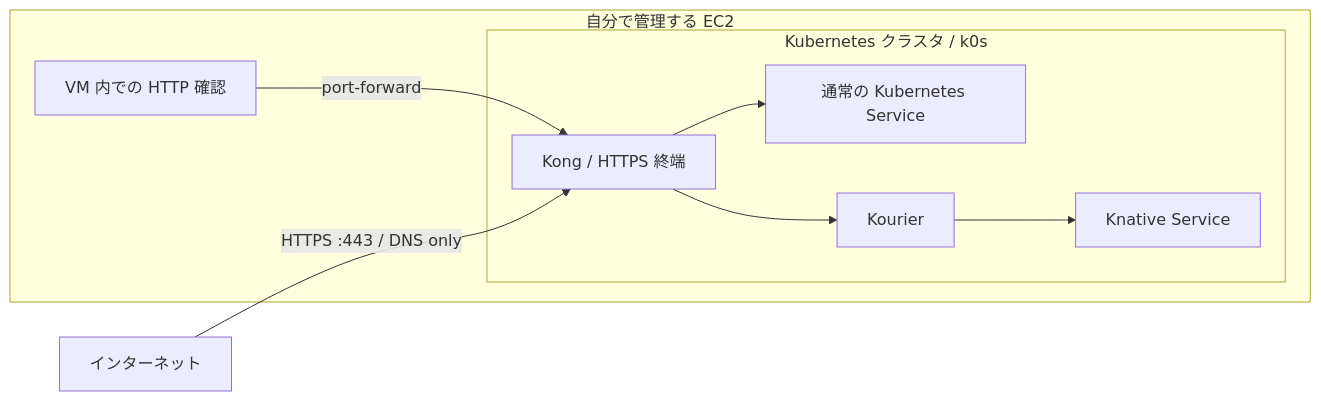
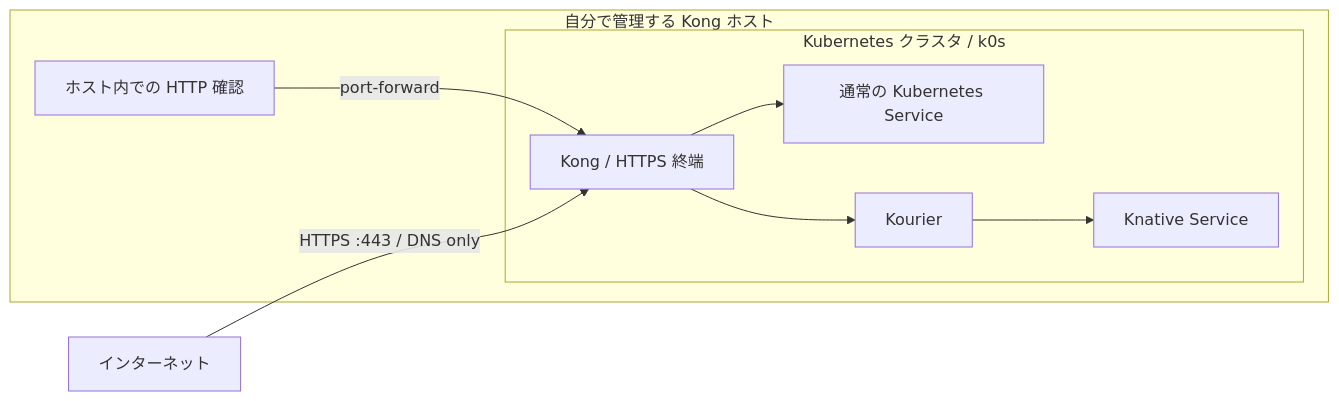
Before and after one commit to sasano8/infra-kubernetes: the first of 2 diagrams in README.md, drawn with Mermaid. The commit also changed other lines of this file, not shown here.

Commit message:
Define architecture terms and use Kong host terminology in README

````diff
--- a/README.md
+++ b/README.md
@@ -6,17 +6,17 @@
 ```mermaid
 flowchart LR
     Internet[インターネット]
-    subgraph EC2[自分で管理する EC2]
-        HTTP[VM 内での HTTP 確認]
+    subgraph Host[自分で管理する Kong ホスト]
+        HTTP[ホスト内での HTTP 確認]
         subgraph Kubernetes[Kubernetes クラスタ / k0s]
             Kong[Kong / HTTPS 終端]
             Service[通常の Kubernetes Service]
             Kourier[Kourier]
             Knative[Knative Service]
             Kong --> Service
             Kong --> Kourier --> Knative
         end
         HTTP -->|port-forward| Kong
     end
     Internet -->|HTTPS :443 / DNS only| Kong
 ```
````
